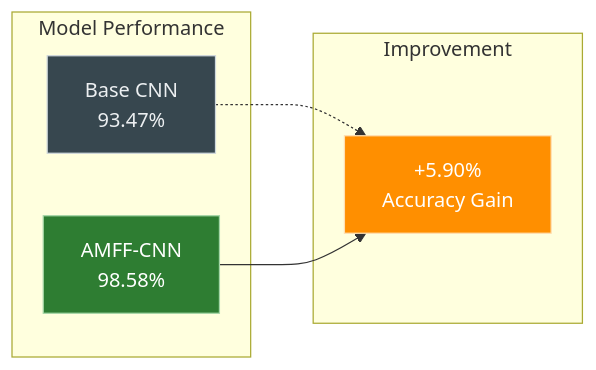
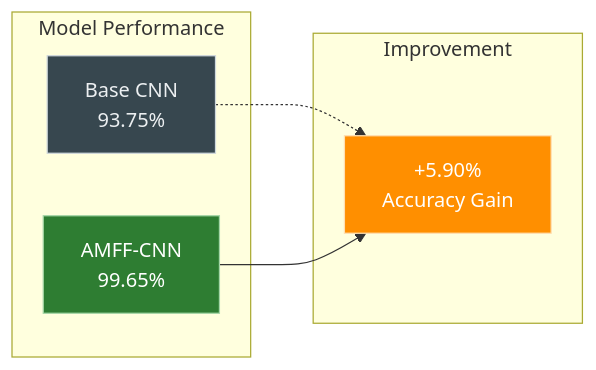
One commit to RiteshKumar2e/Steel_Surface_Defect_NEU_DET-DATASET changed the third of 3 diagrams in README.md. Above: the diagram before and after it, drawn with Mermaid. The commit also changed other lines of this file, not shown here.

````diff
--- a/README.md
+++ b/README.md
@@ -761,19 +404,19 @@
 ```mermaid
 graph LR
     subgraph "Model Performance"
-        A[Base CNN<br/>93.47%] 
-        B[AMFF-CNN<br/>98.58%]
+        A[Base CNN<br/>93.75%] 
+        B[AMFF-CNN<br/>99.65%]
     end
     
     subgraph "Improvement"
         C[+5.90%<br/>Accuracy Gain]
     end
     
     A -.-> C
     B --> C
 
 style A fill:#37474f,stroke:#cfd8dc,color:#eceff1
 style B fill:#2e7d32,stroke:#a5d6a7,color:#ffffff
 style C fill:#ff8f00,stroke:#ffe0b2,color:#ffffff
 
 ```
````
